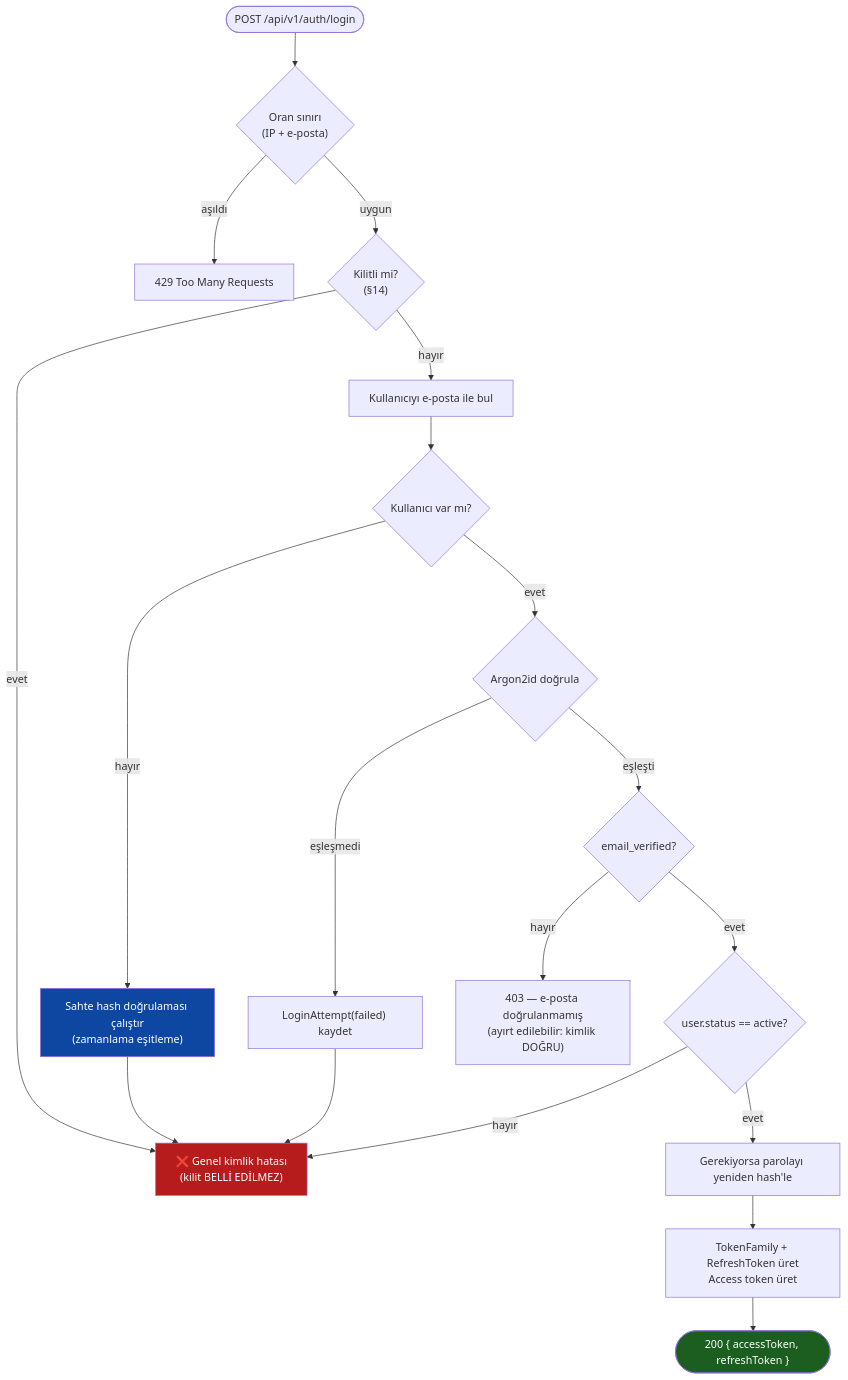
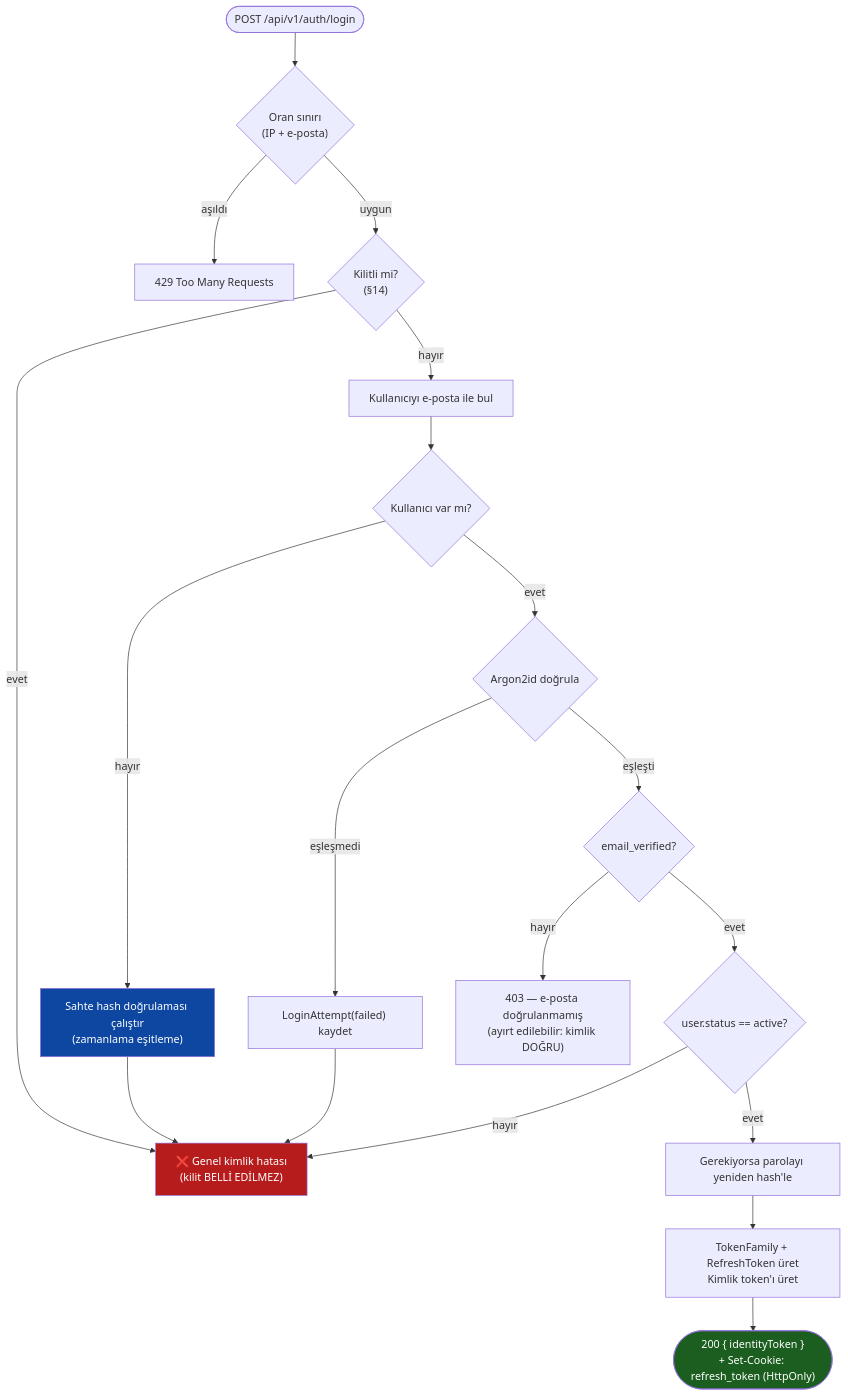
The fourth of 7 diagrams in docs/architecture/AUTH_ARCHITECTURE.md (Aydin1903/bussiness-os), drawn with Mermaid before and after one commit. The commit also changed other lines of this file and 3 other files, not shown here.

First line of the commit message:
docs(architecture): frontend token/rendering SSOT + cookie sync (ADR-0026/0027)

````diff
--- a/docs/architecture/AUTH_ARCHITECTURE.md
+++ b/docs/architecture/AUTH_ARCHITECTURE.md
@@ -579,31 +585,31 @@
 ```mermaid
 flowchart TD
     START(["POST /api/v1/auth/login"]) --> RL{"Oran sınırı<br/>(IP + e-posta)"}
     RL -->|aşıldı| R429["429 Too Many Requests"]
     RL -->|uygun| LOCK{"Kilitli mi?<br/>(§14)"}
 
     LOCK -->|evet| GEN["❌ Genel kimlik hatası<br/>(kilit BELLİ EDİLMEZ)"]
     LOCK -->|hayır| FIND["Kullanıcıyı e-posta ile bul"]
 
     FIND --> EXISTS{"Kullanıcı var mı?"}
     EXISTS -->|hayır| DUMMY["Sahte hash doğrulaması çalıştır<br/>(zamanlama eşitleme)"]
     DUMMY --> GEN
     EXISTS -->|evet| VERIFY{"Argon2id doğrula"}
 
     VERIFY -->|eşleşmedi| FAIL["LoginAttempt(failed) kaydet"]
     FAIL --> GEN
     VERIFY -->|eşleşti| EV{"email_verified?"}
 
     EV -->|hayır| R403["403 — e-posta doğrulanmamış<br/>(ayırt edilebilir: kimlik DOĞRU)"]
     EV -->|evet| ST{"user.status == active?"}
 
     ST -->|hayır| GEN
     ST -->|evet| REHASH["Gerekiyorsa parolayı yeniden hash'le"]
 
-    REHASH --> ISSUE["TokenFamily + RefreshToken üret<br/>Access token üret"]
-    ISSUE --> OK(["200 { accessToken, refreshToken }"])
+    REHASH --> ISSUE["TokenFamily + RefreshToken üret<br/>Kimlik token'ı üret"]
+    ISSUE --> OK(["200 { identityToken }<br/>+ Set-Cookie: refresh_token (HttpOnly)"])
 
     style GEN fill:#b71c1c,color:#fff
     style OK fill:#1b5e20,color:#fff
     style DUMMY fill:#0d47a1,color:#fff
 ```
````
